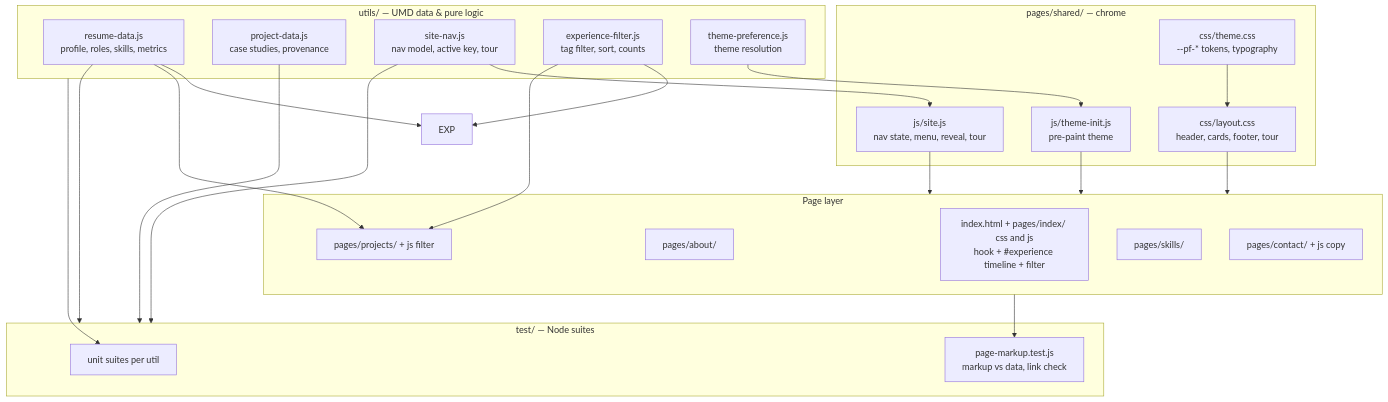
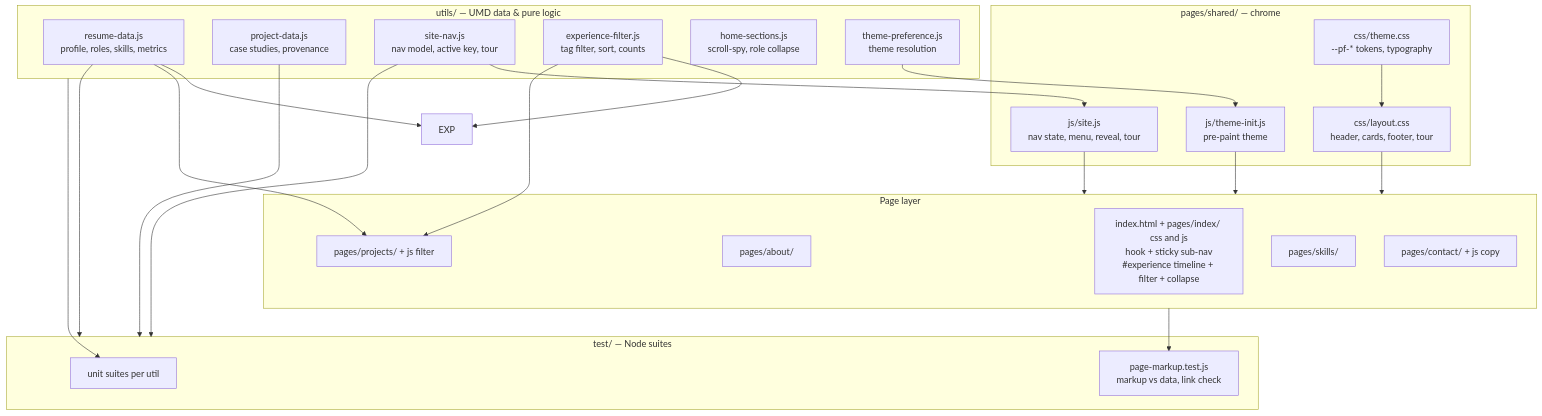
The first of 2 diagrams in docs/architecture.md (Jamieatucker/portfolio), drawn with Mermaid before and after one commit. The commit also changed 11 other files, not shown here.

````diff
--- a/docs/architecture.md
+++ b/docs/architecture.md
@@ -22,46 +22,47 @@
 ```mermaid
 flowchart TD
     subgraph Data["utils/ — UMD data & pure logic"]
         RD[resume-data.js<br/>profile, roles, skills, metrics]
         PD[project-data.js<br/>case studies, provenance]
         SN[site-nav.js<br/>nav model, active key, tour]
         EF[experience-filter.js<br/>tag filter, sort, counts]
+        HSX[home-sections.js<br/>scroll-spy, role collapse]
         TP[theme-preference.js<br/>theme resolution]
     end
 
     subgraph Shared["pages/shared/ — chrome"]
         TH[css/theme.css<br/>--pf-* tokens, typography]
         LO[css/layout.css<br/>header, cards, footer, tour]
         TI[js/theme-init.js<br/>pre-paint theme]
         ST[js/site.js<br/>nav state, menu, reveal, tour]
     end
 
     subgraph Pages["Page layer"]
-        HOME[index.html + pages/index/ css and js<br/>hook + #experience timeline + filter]
+        HOME[index.html + pages/index/ css and js<br/>hook + sticky sub-nav<br/>#experience timeline + filter + collapse]
         ABOUT[pages/about/]
         PROJ[pages/projects/ + js filter]
         SKILL[pages/skills/]
         CONTACT[pages/contact/ + js copy]
     end
 
     subgraph Verify["test/ — Node suites"]
         UT[unit suites per util]
         MK[page-markup.test.js<br/>markup vs data, link check]
     end
 
     TP --> TI
     SN --> ST
     TH --> LO
     LO --> Pages
     TI --> Pages
     ST --> Pages
     RD --> EXP
     RD --> PROJ
     EF --> EXP
     EF --> PROJ
     PD --> Verify
     RD --> Verify
     SN --> Verify
     Pages --> MK
     Data --> UT
 ```
````
